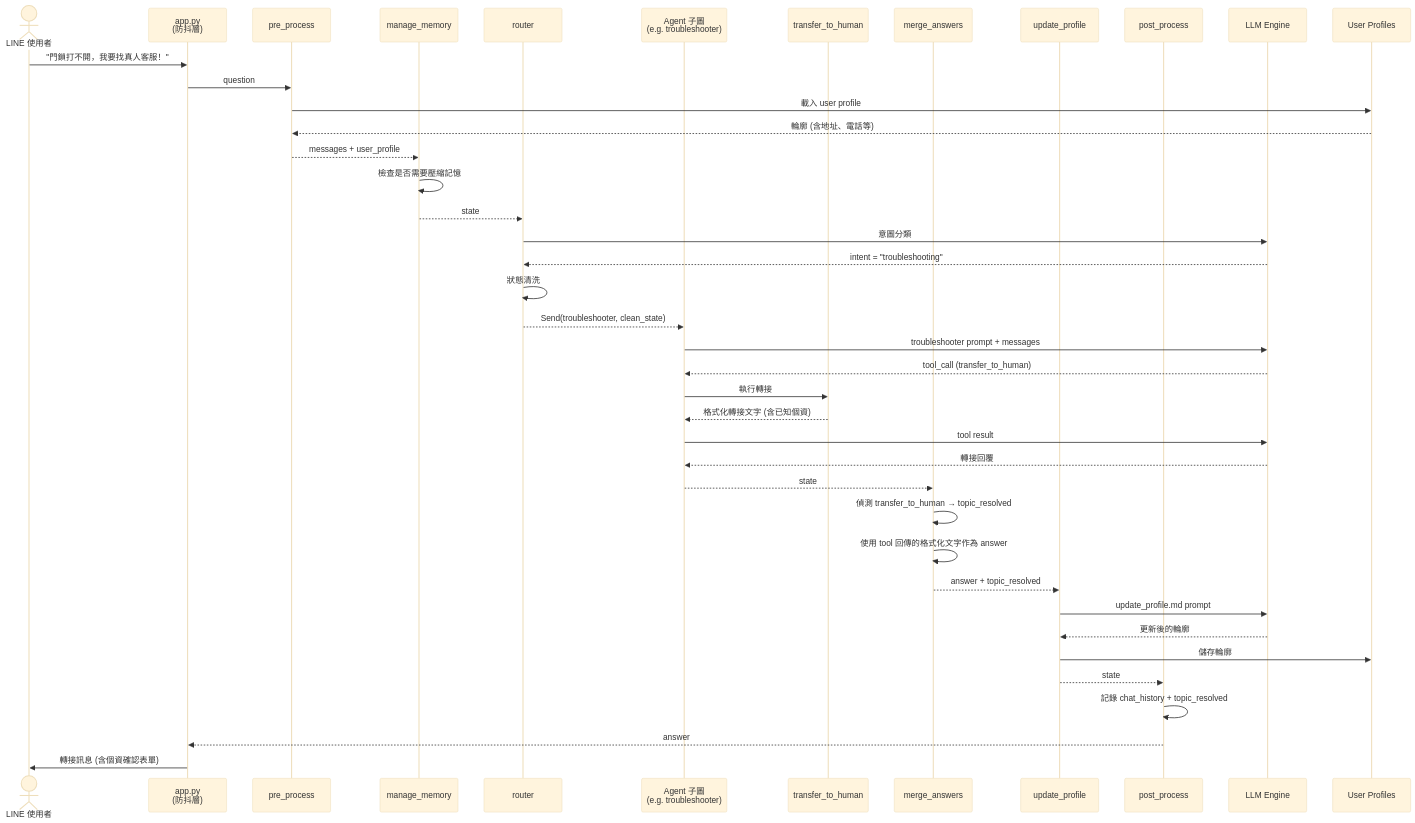
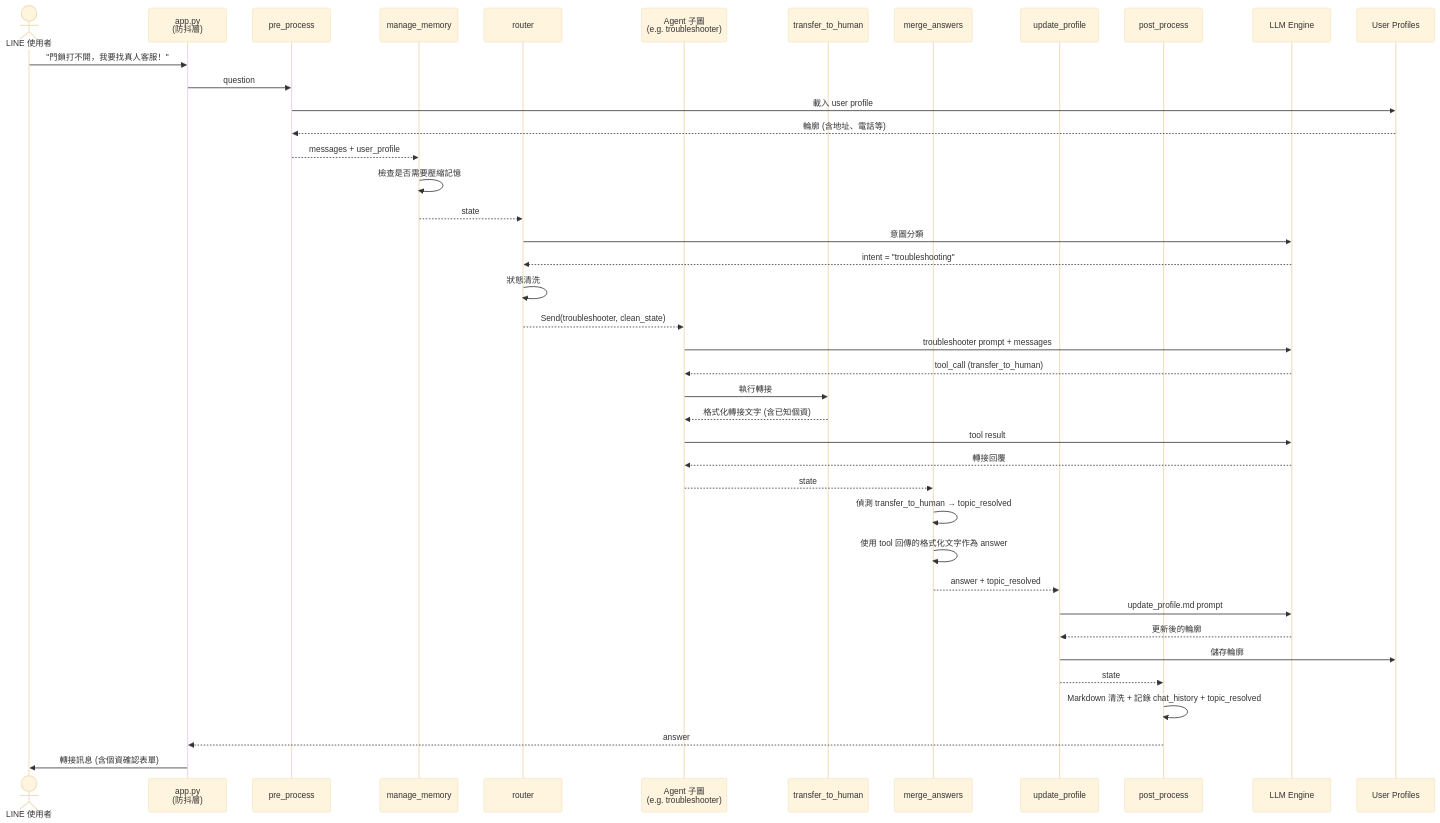
Before and after one commit to Imding1211/lock_AI_Agent: the fourth of 4 diagrams in docs/manuals/系統架構與流程圖.md, drawn with Mermaid (base theme). The commit also changed other lines of this file and 11 other files, not shown here.

````diff
--- a/docs/manuals/系統架構與流程圖.md
+++ b/docs/manuals/系統架構與流程圖.md
@@ -304,51 +304,51 @@
 ```mermaid
 sequenceDiagram
     actor User as LINE 使用者
     participant App as app.py<br/>(防抖層)
     participant PP as pre_process
     participant MM as manage_memory
     participant RT as router
     participant Agent as Agent 子圖<br/>(e.g. troubleshooter)
     participant Tool as transfer_to_human
     participant MA as merge_answers
     participant UP as update_profile
     participant Post as post_process
     participant LLM as LLM Engine
     participant Profile as User Profiles
 
     User->>App: "門鎖打不開，我要找真人客服！"
     App->>PP: question
 
     PP->>Profile: 載入 user profile
     Profile-->>PP: 輪廓 (含地址、電話等)
     PP-->>MM: messages + user_profile
 
     MM->>MM: 檢查是否需要壓縮記憶
     MM-->>RT: state
 
     RT->>LLM: 意圖分類
     LLM-->>RT: intent = "troubleshooting"
     RT->>RT: 狀態清洗
     RT-->>Agent: Send(troubleshooter, clean_state)
 
     Agent->>LLM: troubleshooter prompt + messages
     LLM-->>Agent: tool_call (transfer_to_human)
     Agent->>Tool: 執行轉接
     Tool-->>Agent: 格式化轉接文字 (含已知個資)
     Agent->>LLM: tool result
     LLM-->>Agent: 轉接回覆
 
     Agent-->>MA: state
     MA->>MA: 偵測 transfer_to_human → topic_resolved
     MA->>MA: 使用 tool 回傳的格式化文字作為 answer
 
     MA-->>UP: answer + topic_resolved
     UP->>LLM: update_profile.md prompt
     LLM-->>UP: 更新後的輪廓
     UP->>Profile: 儲存輪廓
 
     UP-->>Post: state
-    Post->>Post: 記錄 chat_history + topic_resolved
+    Post->>Post: Markdown 清洗 + 記錄 chat_history + topic_resolved
     Post-->>App: answer
     App->>User: 轉接訊息 (含個資確認表單)
 ```
````
